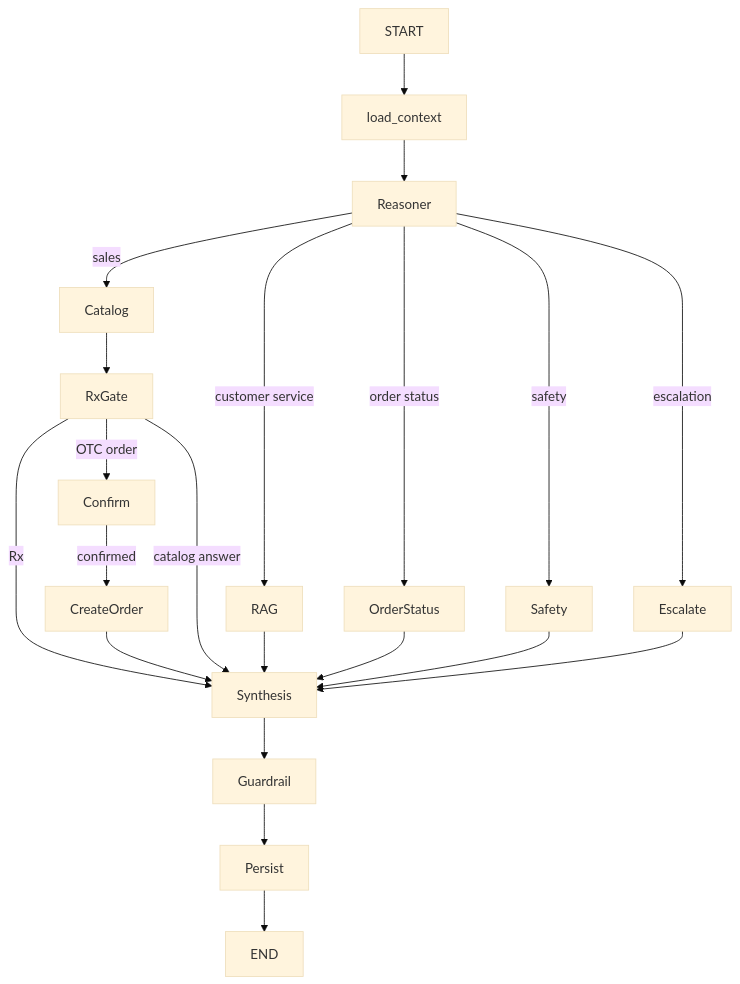
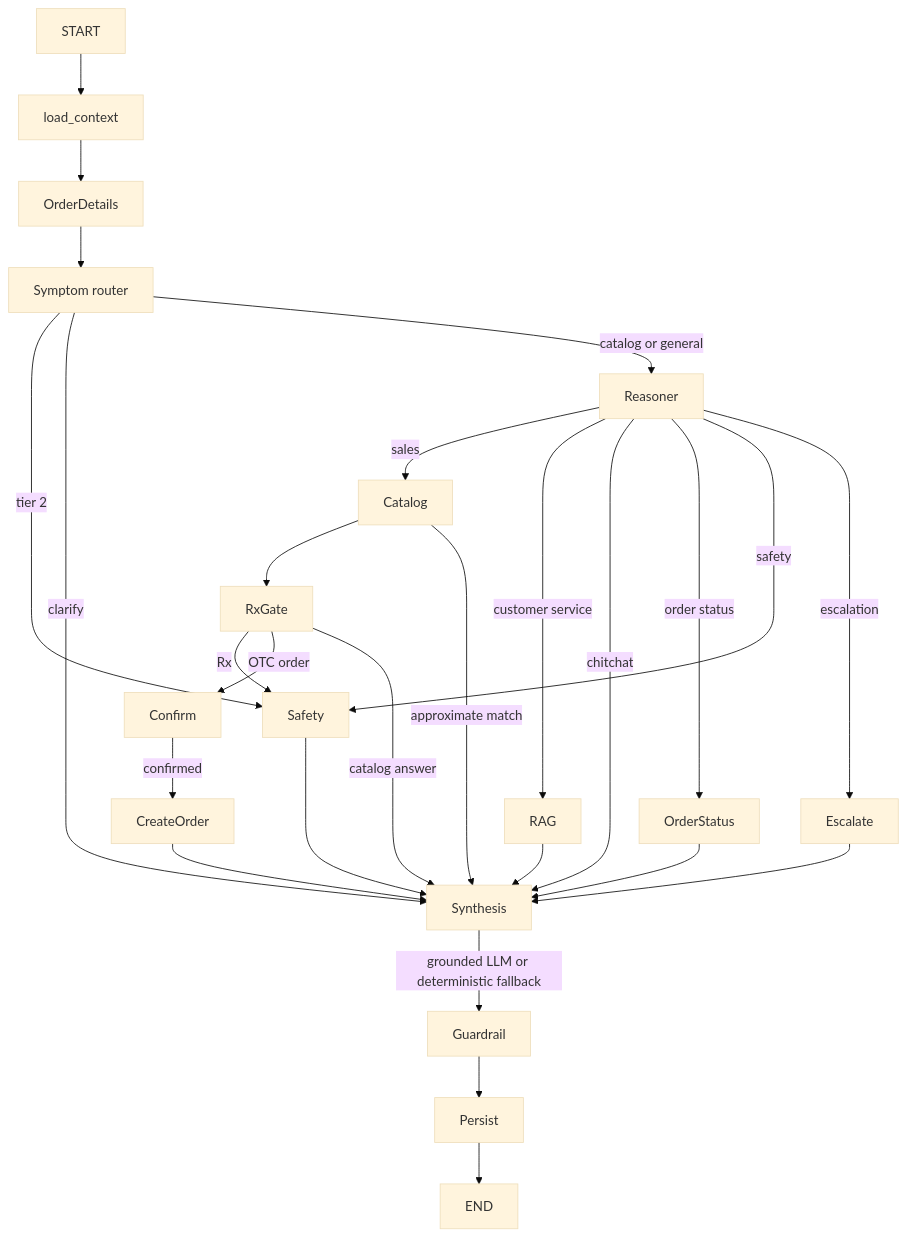
Before and after one commit to RowanFayez/ShifaPharmacy_AISales_CustomerServiceAgent: the second of 6 diagrams in README.md, drawn with Mermaid (base theme). The commit also changed other lines of this file and 24 other files, not shown here.

Commit message:
Enhance symptom routing and product search functionality,Added handling for chitchat intent

````diff
--- a/README.md
+++ b/README.md
@@ -30,18 +31,23 @@
 ```mermaid
 flowchart TD
-  START --> Context[load_context] --> Reasoner
+  START --> Context[load_context] --> OrderDetails --> Symptoms[Symptom router]
+  Symptoms -->|tier 2| Safety
+  Symptoms -->|clarify| Synthesis
+  Symptoms -->|catalog or general| Reasoner
   Reasoner -->|sales| Catalog --> RxGate
-  RxGate -->|Rx| Synthesis
+  RxGate -->|Rx| Safety
   RxGate -->|OTC order| Confirm -->|confirmed| CreateOrder
   RxGate -->|catalog answer| Synthesis
+  Catalog -->|approximate match| Synthesis
   Reasoner -->|customer service| RAG
+  Reasoner -->|chitchat| Synthesis
   Reasoner -->|order status| OrderStatus
   Reasoner -->|safety| Safety
   Reasoner -->|escalation| Escalate
   RAG --> Synthesis
   CreateOrder --> Synthesis
   OrderStatus --> Synthesis
   Safety --> Synthesis
   Escalate --> Synthesis
-  Synthesis --> Guardrail --> Persist --> END
+  Synthesis -->|grounded LLM or deterministic fallback| Guardrail --> Persist --> END
 ```
````
